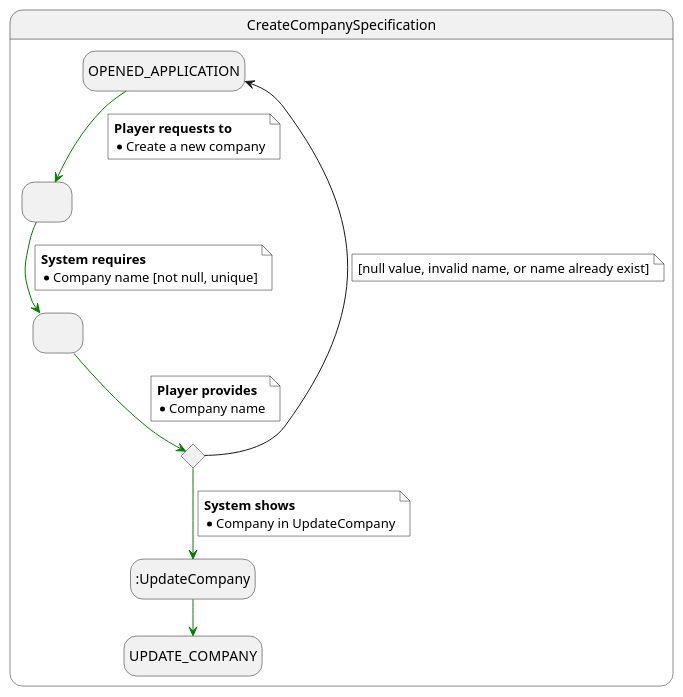
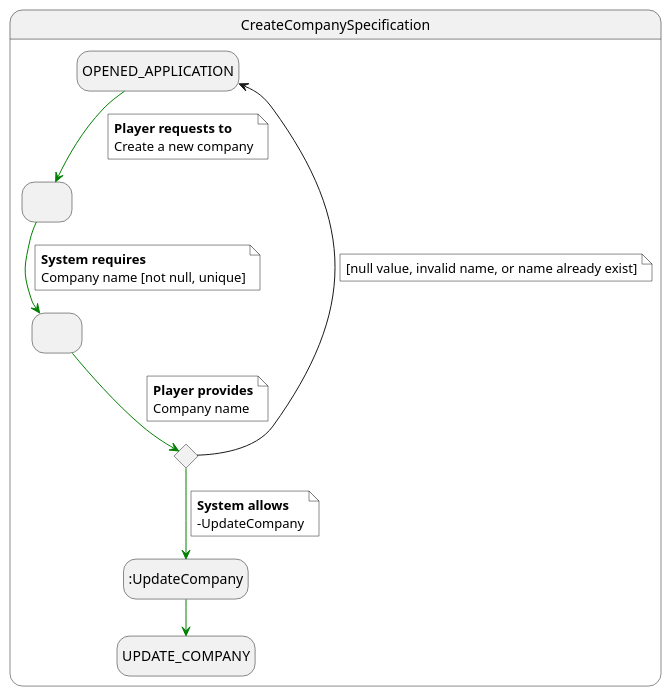
Before and after one commit to jumpering/pestmonitors: the diagram in docs/src/useCaseView/specification/createCompany.puml, drawn with PlantUML. The commit also changed 6 other files, not shown here.

```diff
--- a/docs/src/useCaseView/specification/createCompany.puml
+++ b/docs/src/useCaseView/specification/createCompany.puml
@@ -1,46 +1,46 @@
 @startuml
 'title CreateCompany specification
 skinparam NoteBackgroundColor white
 hide empty description
 
 state CreateCompanySpecification{
 state creatingCompany as " "
 state creatingCompany2 as " "
 state CompanyCreated as ":UpdateCompany"
 state invalidCompanyName <<choice>>
 
 
 OPENED_APPLICATION -[#green]-> creatingCompany
 note on link #white
   <b>Player requests to
-  * Create a new company
+  Create a new company
 end note
 
 creatingCompany -[#green]-> creatingCompany2
 note on link
   <b>System requires
-  * Company name [not null, unique]
+  Company name [not null, unique]
 end note
 
 creatingCompany2 -[#green]-> invalidCompanyName
 note on link
   <b>Player provides
-  * Company name
+  Company name
 end note
 
 invalidCompanyName -up-> OPENED_APPLICATION
 note on link
   [null value, invalid name, or name already exist]
 end note
 
 invalidCompanyName -[#green]-> CompanyCreated
 note on link
-  <b>System shows
-  * Company in UpdateCompany
+  <b>System allows
+  -UpdateCompany
 end note
 
 CompanyCreated -[#green]-> UPDATE_COMPANY
 }
 
 
 @enduml
```
